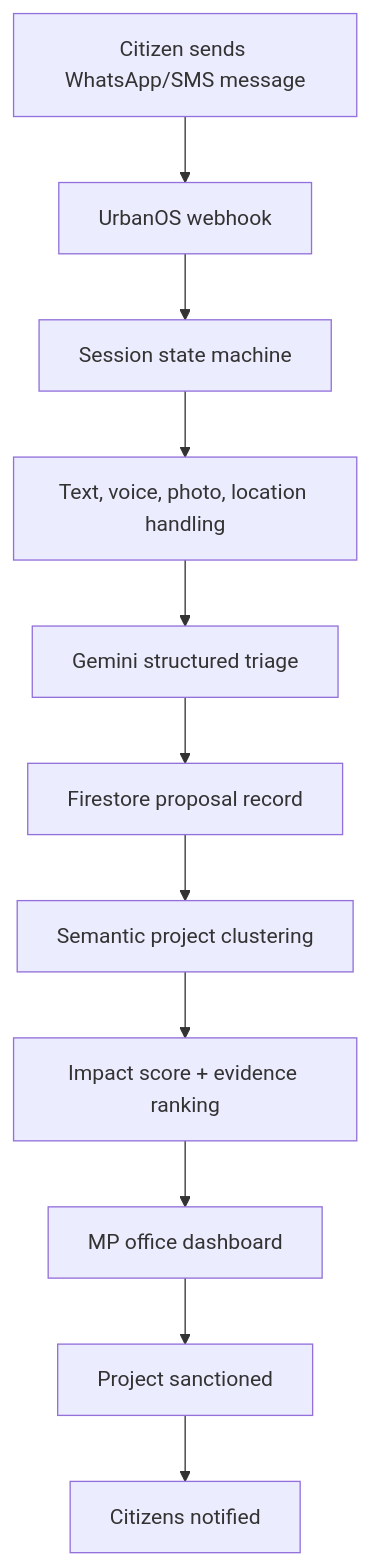
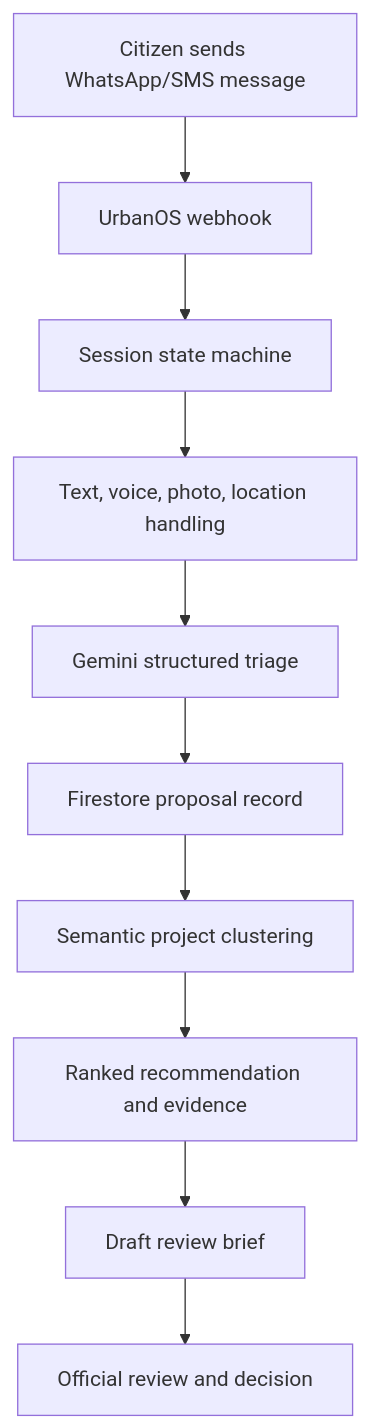
One commit to shikhar1809/UrbanOS_Google_Community_Builder_Hackathon changed the diagram in README.md. Above: the diagram before and after it, drawn with Mermaid. The commit also changed other lines of this file and 52 other files, not shown here.

````diff
--- a/README.md
+++ b/README.md
@@ -80,13 +80,12 @@
 ```mermaid
 flowchart TD
     A["Citizen sends WhatsApp/SMS message"] --> B["UrbanOS webhook"]
     B --> C["Session state machine"]
     C --> D["Text, voice, photo, location handling"]
     D --> E["Gemini structured triage"]
     E --> F["Firestore proposal record"]
     F --> G["Semantic project clustering"]
-    G --> H["Impact score + evidence ranking"]
-    H --> I["MP office dashboard"]
-    I --> J["Project sanctioned"]
-    J --> K["Citizens notified"]
+    G --> H["Ranked recommendation and evidence"]
+    H --> I["Draft review brief"]
+    I --> J["Official review and decision"]
 ```
````
